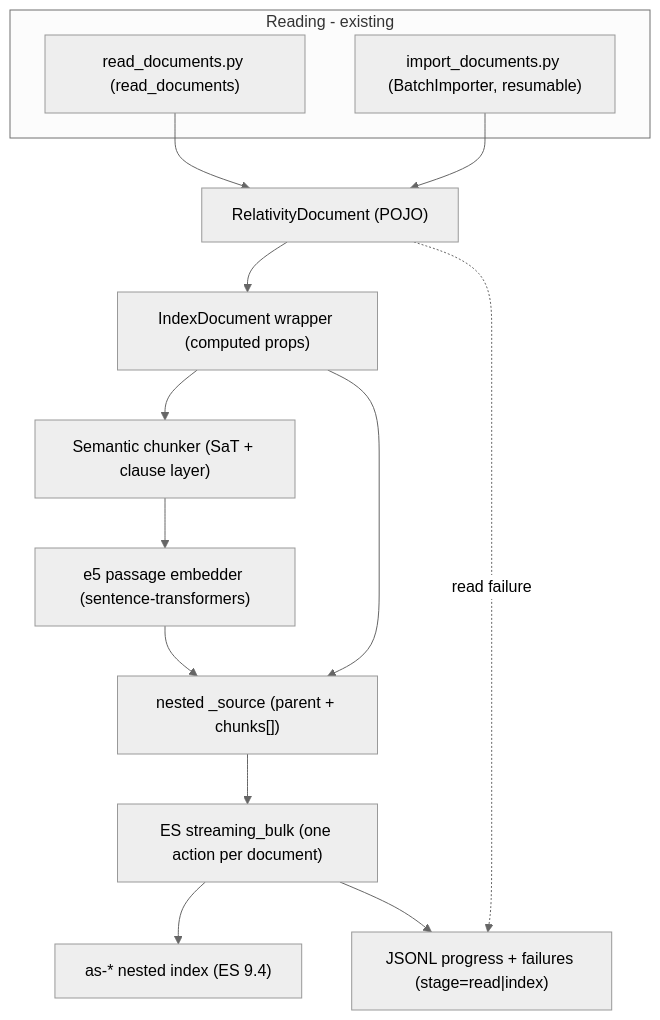
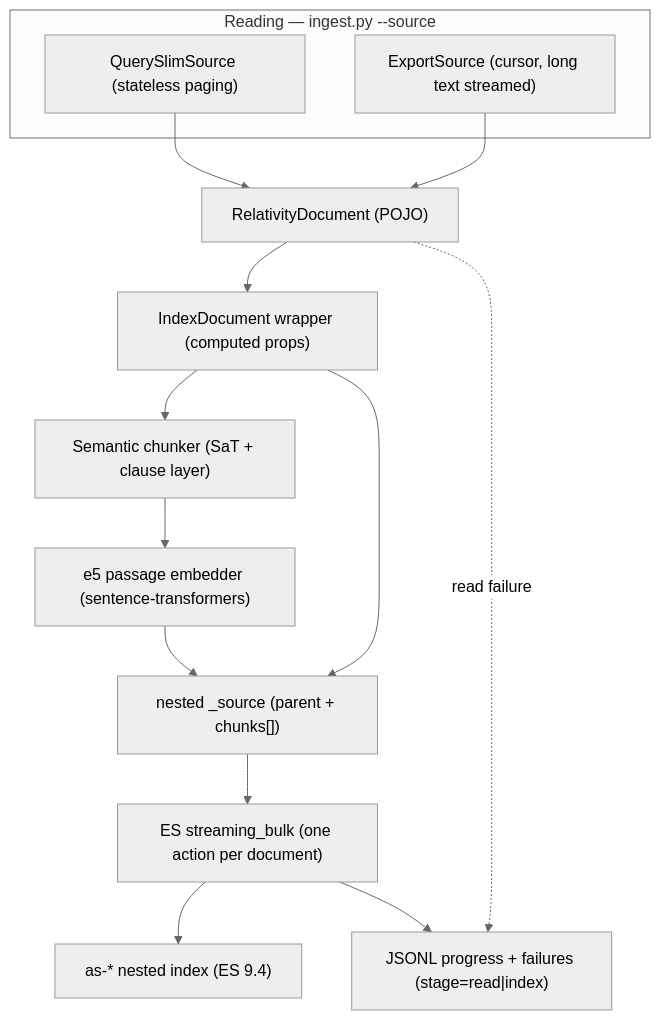
The diagram in reports/06-document-indexing-and-semantic-chunking.md (mierzejk-rel/es-index-explorer), drawn with Mermaid (neutral theme) before and after one commit. The commit also changed other lines of this file and 1 other file, not shown here.

````diff
--- a/reports/06-document-indexing-and-semantic-chunking.md
+++ b/reports/06-document-indexing-and-semantic-chunking.md
@@ -51,27 +48,27 @@
 ```mermaid
 flowchart TD
-    subgraph read [Reading - existing]
-        OneShot["read_documents.py (read_documents)"]
-        Batch["import_documents.py (BatchImporter, resumable)"]
+    subgraph read [Reading — ingest.py --source]
+        QS["QuerySlimSource (stateless paging)"]
+        EX["ExportSource (cursor, long text streamed)"]
     end
     RelDoc["RelativityDocument (POJO)"]
     Builder["IndexDocument wrapper (computed props)"]
     Chunker["Semantic chunker (SaT + clause layer)"]
     Embedder["e5 passage embedder (sentence-transformers)"]
     Source["nested _source (parent + chunks[])"]
     Writer["ES streaming_bulk (one action per document)"]
     Index["as-* nested index (ES 9.4)"]
     Progress["JSONL progress + failures (stage=read|index)"]
 
-    OneShot --> RelDoc
-    Batch --> RelDoc
+    QS --> RelDoc
+    EX --> RelDoc
     RelDoc --> Builder
     Builder --> Chunker
     Chunker --> Embedder
     Embedder --> Source
     Builder --> Source
     Source --> Writer
     Writer --> Index
     Writer --> Progress
     RelDoc -.read failure.-> Progress
 ```
````
